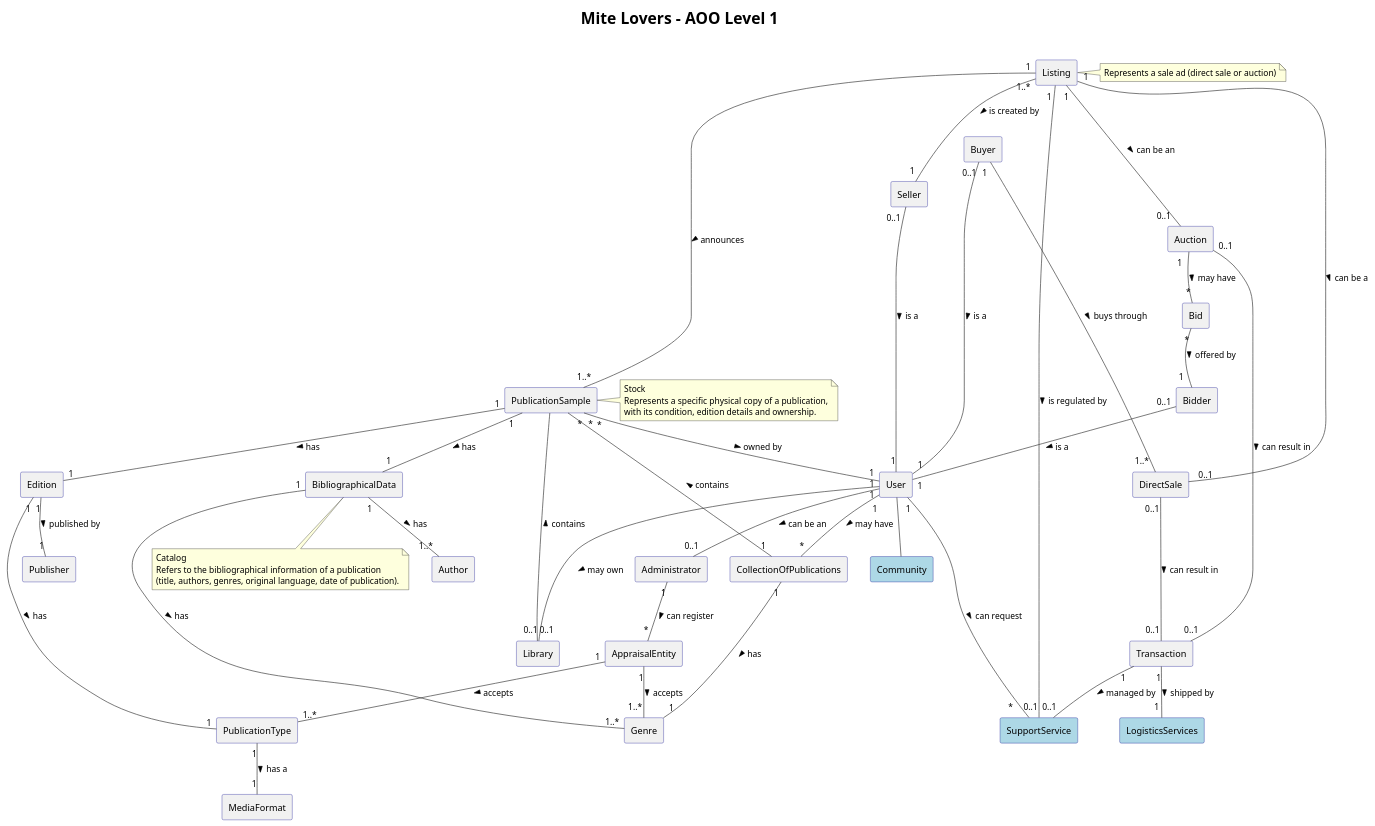
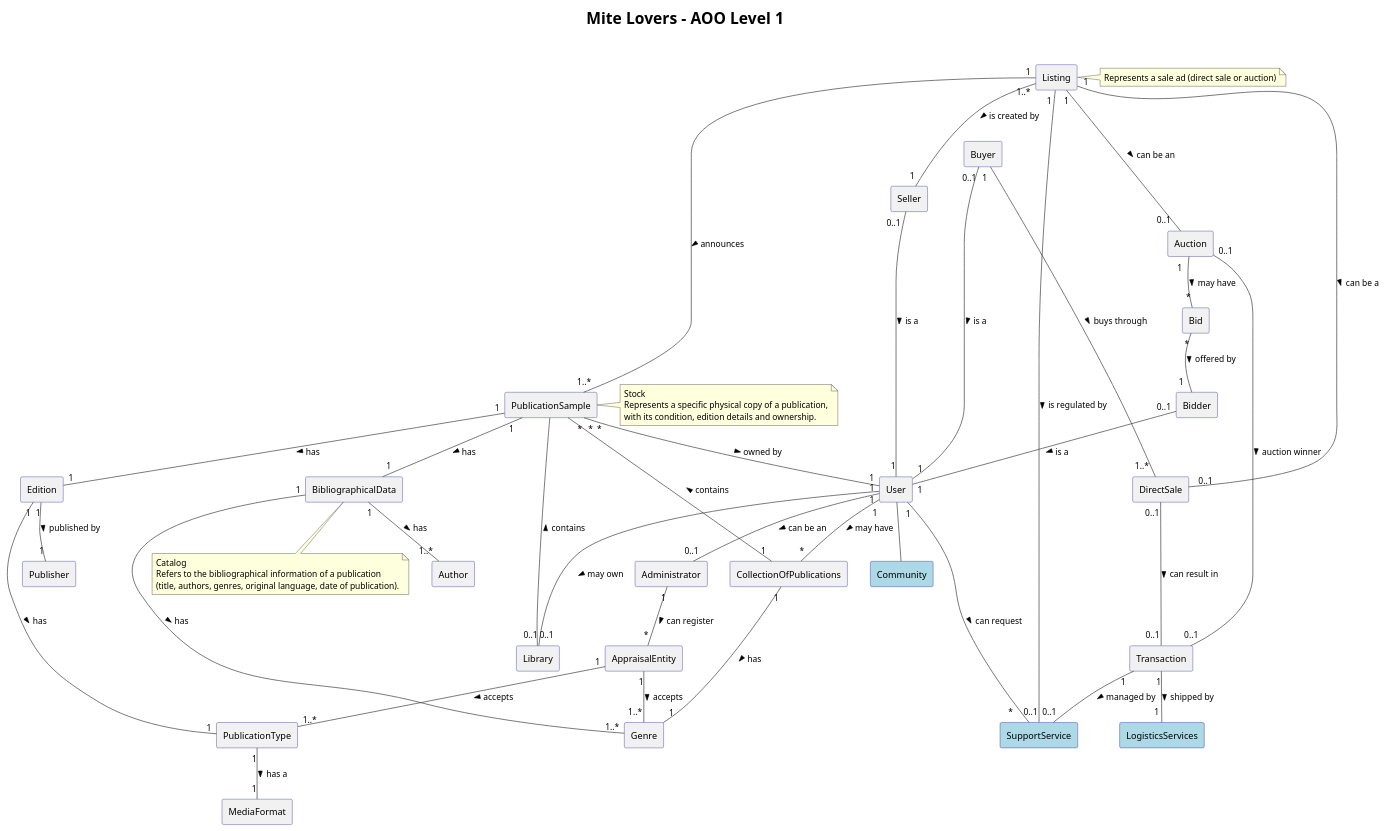
One commit to AndrePereiraGitH/SWitCH-Project-Team_A changed the diagram in SprintReview/Sprint-3/DomainModel/AOO-level-1.puml. Above: the diagram before and after it, drawn with PlantUML. The commit also changed 7 other files, not shown here.

```diff
--- a/SprintReview/Sprint-3/DomainModel/AOO-level-1.puml
+++ b/SprintReview/Sprint-3/DomainModel/AOO-level-1.puml
@@ -1,163 +1,163 @@
 @startuml
 
 title Mite Lovers - AOO Level 1
 skinparam title {
   FontSize 24
 }
 
 skinparam ArrowColor #333
 skinparam ClassBackgroundColor #DDDDFF
 skinparam ClassBorderColor #0000FF
 skinparam Shadowing false
 skinparam componentStyle rectangle
 skinparam componentBorderColor DarkBlue
 skinparam component<<highlight>> {
     BackgroundColor LightBlue
 }
 skinparam legend {
   BackgroundColor LightBlue
   FontSize 14
 }
 
 
 
 /' ===== Listing ===== '/
 Listing "1" --- "              0..1" Auction : > can be an
 Listing "  1   " --- "  0..1 " DirectSale : > can be a
 Listing "1..*" -- "       1" Seller : > is created by
 Listing "1" -- "   1..*" PublicationSample : > announces
 
 note as L
     Represents a sale ad (direct sale or auction)
     end note
 
 Listing -> L
 
 
 /' ===== PublicationSample ===== '/
 PublicationSample "1" -- "1" BibliographicalData : > has
 PublicationSample "1" -- "1" Edition : > has
 PublicationSample "*" -- "1" User : > owned by
 
 note as S
     Stock
     Represents a specific physical copy of a publication,
     with its condition, edition details and ownership.
     end note
 
 PublicationSample - S
 
 
 /' ===== BibliographicalData ===== '/
 BibliographicalData "1" -- "1..*" Author : > has
 BibliographicalData "1" -- "1..*" Genre : > has
 
 note as N
     Catalog
     Refers to the bibliographical information of a publication
     (title, authors, genres, original language, date of publication).
     end note
 
 BibliographicalData --> N
 
 
 /' ===== Edition ===== '/
 Edition "1" -- "1" PublicationType : > has
 Edition "1" -- "1" Publisher : > published by
 
 
 /' ===== PublicationType ===== '/
 PublicationType "1" -- "1" MediaFormat : > has a
 
 
 /' ===== Commerce ===== '/
 Buyer "1  " ----- "  1..* " DirectSale : > buys through
 DirectSale "0..1" --- "0..1" Transaction : > can result in
 
 Auction "   1  " -- "*" Bid : > may have
-Auction "0..1" -- "0..1" Transaction : > can result in
+Auction "0..1" -- "0..1" Transaction : > auction winner
 Bid "*" -- "                  1" Bidder : > offered by
 
 Transaction "1" -- "1 " LogisticsServices : > shipped by
 Transaction "1" -- "0..1" SupportService : > managed by
 
 Listing "  1 " --------- "0..1" SupportService : > is regulated by
 
 
 /' ===== User ===== '/
 User -- Community
 Bidder "0..1" -- "1" User : > is a
 Seller "0..1 " -- "1" User : > is a
 Buyer "0..1" - "1" User : > is a
 User "1" ---- " *     " SupportService : > can request
 
 
 /' ===== Library & Collections ===== '/
 Library "0..1" -- "           *" PublicationSample : > contains
 User "1" --- "0..1" Library : > may own
 User "1" -- "*" CollectionOfPublications : > may have
 User "1" -- "0..1" Administrator : > can be an
 
 CollectionOfPublications "1" -- "*" PublicationSample : > contains
 CollectionOfPublications "1" -- "1" Genre : > has
 
 
 /' ===== AppraisalEntity ===== '/
 Administrator "1" -- "*" AppraisalEntity : > can register
 AppraisalEntity "1" -- "1..*" Genre : > accepts
 AppraisalEntity "1" -- "1..*" PublicationType : > accepts
 
 
 /' ===== Components ===== '/
 
 component Administrator {
 }
 component AppraisalEntity {
 }
 component CollectionOfPublications {
 }
 component Library {
 }
 component MediaFormat {
 }
 component PublicationType {
 }
 component Edition {
 }
 component Publisher {
 }
 component Author {
 }
 component Genre {
 }
 component Listing {
 }
 component PublicationSample {
 }
 component BibliographicalData {
 }
 component Seller {
 }
 component Buyer {
 }
 component Bidder {
 }
 component Bid {
 }
 component DirectSale {
 }
 component Transaction {
 }
 component Auction {
 }
 component User {
 }
 
 component LogisticsServices #LightBlue {
 }
 component SupportService #LightBlue {
 }
 component Community #LightBlue {
 }
 
 @enduml
```
